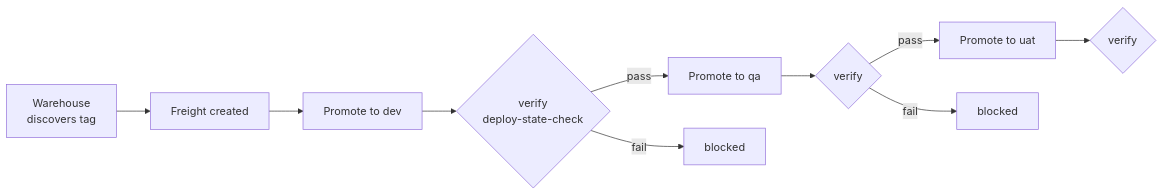
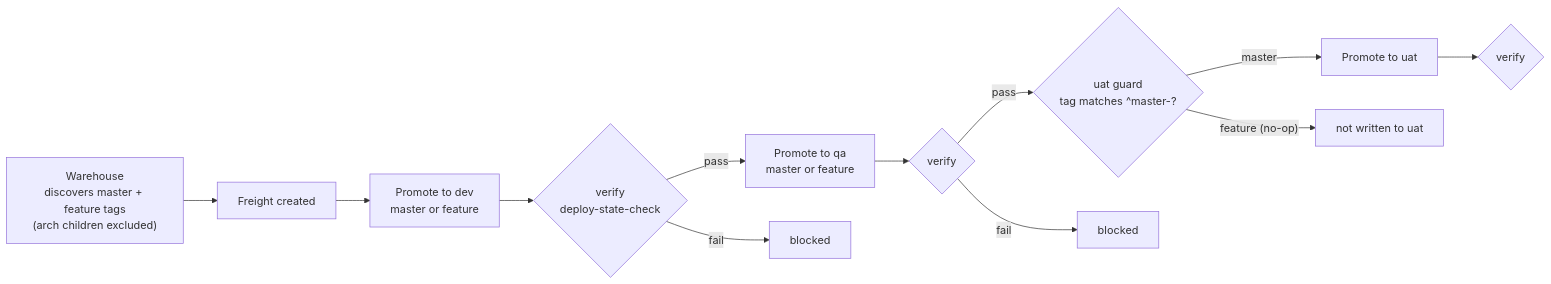
Before and after one commit to egovernments/DIGIT-DevOps: the diagram in docs/kargo/3. Onboarding New Projects.md, drawn with Mermaid. The commit also changed other lines of this file and 5 other files, not shown here.

First line of the commit message:
feat(kargo): per-stage tag policy for unified-health (uat master-only, exclude arch children)

````diff
--- a/docs/kargo/3. Onboarding New Projects.md
+++ b/docs/kargo/3. Onboarding New Projects.md
@@ -198,12 +233,14 @@
 ```mermaid
 flowchart LR
-  wh[Warehouse<br/>discovers tag] --> fr[Freight created]
-  fr --> dev[Promote to dev]
+  wh["Warehouse<br/>discovers master + feature tags<br/>(arch children excluded)"] --> fr[Freight created]
+  fr --> dev[Promote to dev<br/>master or feature]
   dev --> devv{verify<br/>deploy-state-check}
-  devv -- pass --> qa[Promote to qa]
+  devv -- pass --> qa[Promote to qa<br/>master or feature]
   devv -- fail --> stopd[blocked]
   qa --> qav{verify}
-  qav -- pass --> uat[Promote to uat]
+  qav -- pass --> uatg{"uat guard<br/>tag matches ^master-?"}
   qav -- fail --> stopq[blocked]
+  uatg -- master --> uat[Promote to uat]
+  uatg -- "feature (no-op)" --> stopu[not written to uat]
   uat --> uatv{verify}
 ```
````
